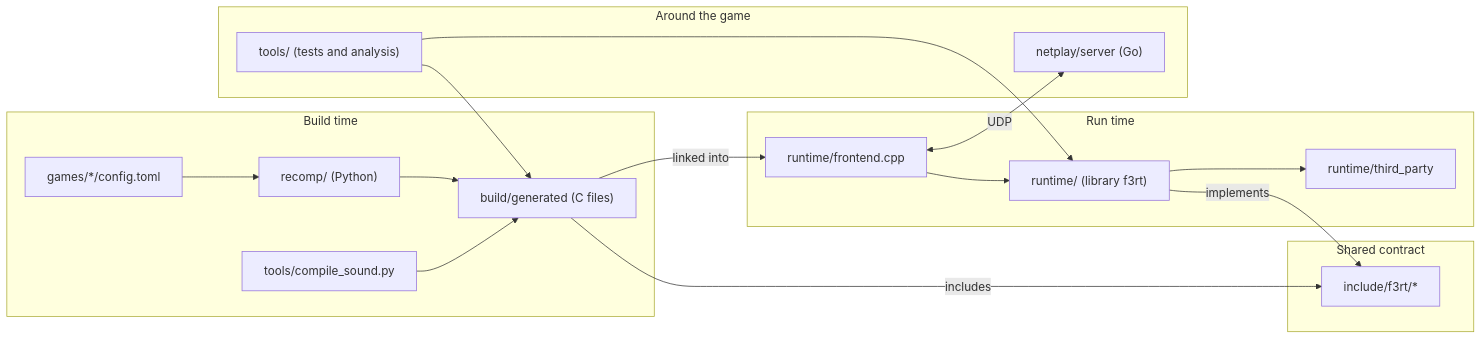
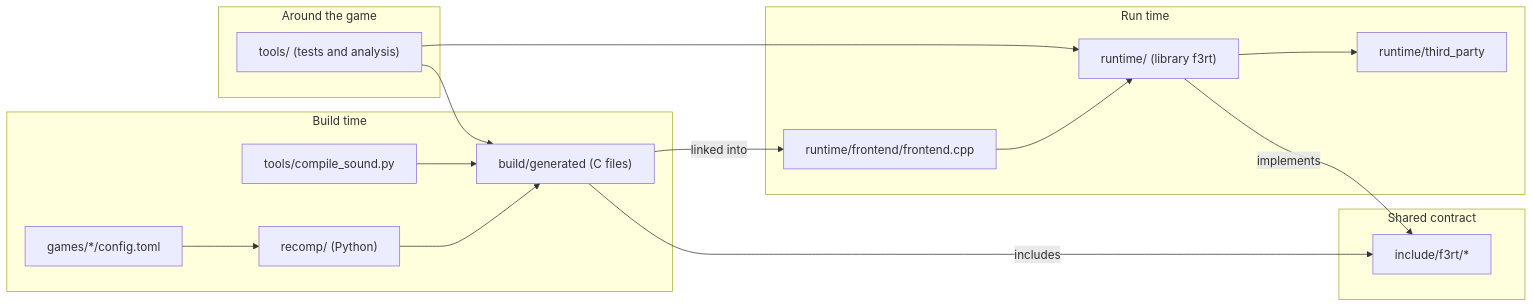
The diagram in docs/site/developer/repository.md (ansxor/f3-recomp), drawn with Mermaid before and after one commit. The commit also changed other lines of this file and 319 other files, not shown here.

````diff
--- a/docs/site/developer/repository.md
+++ b/docs/site/developer/repository.md
@@ -16,32 +16,30 @@
 ```mermaid
 flowchart LR
     subgraph build_time["Build time"]
         games["games/*/config.toml"]
         recomp["recomp/ (Python)"]
         sndc["tools/compile_sound.py"]
         gen["build/generated (C files)"]
     end
     subgraph abi["Shared contract"]
         inc["include/f3rt/*"]
     end
     subgraph run_time["Run time"]
         rt["runtime/ (library f3rt)"]
         mus["runtime/third_party"]
-        fe["runtime/frontend.cpp"]
+        fe["runtime/frontend/frontend.cpp"]
     end
     subgraph around["Around the game"]
-        srv["netplay/server (Go)"]
         tools["tools/ (tests and analysis)"]
     end
     games --> recomp
     recomp --> gen
     sndc --> gen
     gen -->|"includes"| inc
     rt -->|"implements"| inc
     rt --> mus
     fe --> rt
     gen -->|"linked into"| fe
-    fe <-->|"UDP"| srv
     tools --> rt
     tools --> gen
 ```
````
